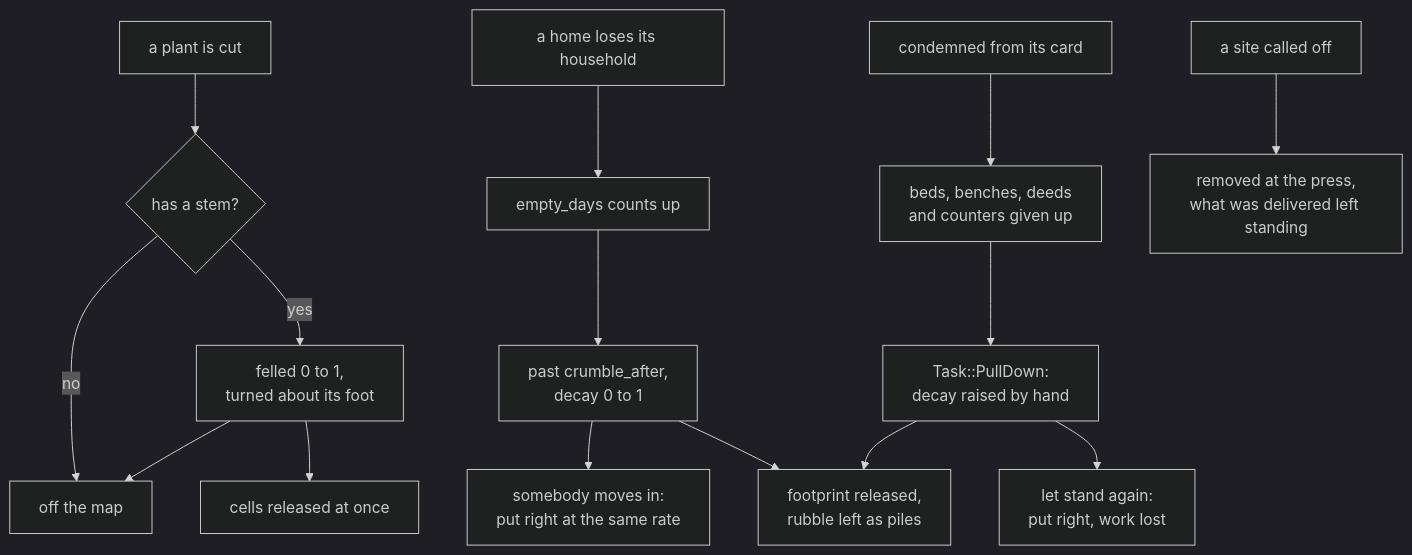
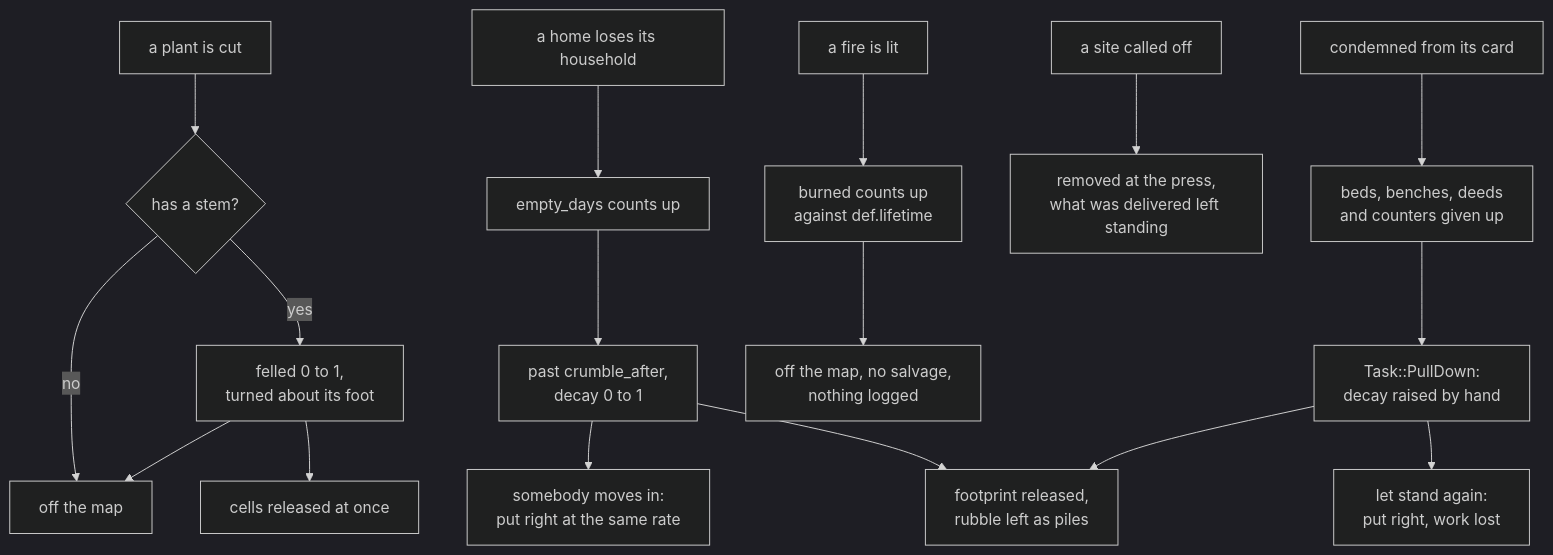
One commit to tmpk13/grow changed diagram 35 of 47 in ARCHITECTURE.md. Above: the diagram before and after it, drawn with Mermaid (dark theme). The commit also changed other lines of this file and 28 other files, not shown here.

````diff
--- a/ARCHITECTURE.md
+++ b/ARCHITECTURE.md
@@ -1445,17 +1468,19 @@
 ```mermaid
 flowchart TD
   cut["a plant is cut"] --> stem{"has a stem?"}
   stem -->|no| gone["off the map"]
   stem -->|yes| over["felled 0 to 1,<br/>turned about its foot"]
   over --> free["cells released at once"]
   over --> gone
   empty["a home loses its household"] --> wait["empty_days counts up"]
   wait --> crumble["past crumble_after,<br/>decay 0 to 1"]
   crumble --> back["somebody moves in:<br/>put right at the same rate"]
   crumble --> fell["footprint released,<br/>rubble left as piles"]
   order["condemned from its card"] --> empty_it["beds, benches, deeds<br/>and counters given up"]
   empty_it --> hand["Task::PullDown:<br/>decay raised by hand"]
   hand --> spare["let stand again:<br/>put right, work lost"]
   hand --> fell
   site["a site called off"] --> back_out["removed at the press,<br/>what was delivered left standing"]
+  lit["a fire is lit"] --> burn["burned counts up<br/>against def.lifetime"]
+  burn --> out["off the map, no salvage,<br/>nothing logged"]
 ```
````
